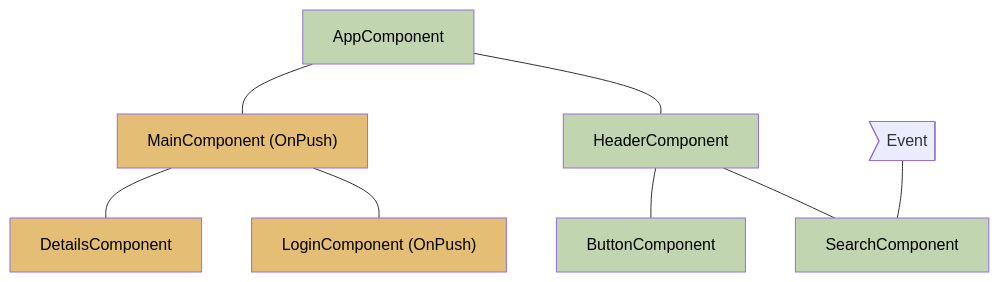
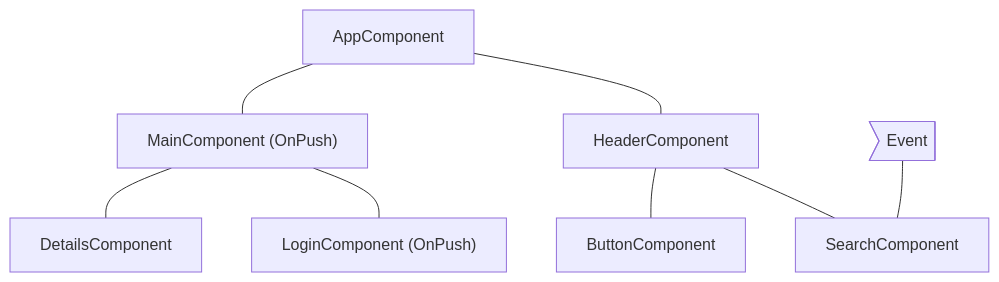
The first of 4 diagrams in adev-ja/src/content/best-practices/runtime-performance/skipping-subtrees.md (angular/angular-ja), drawn with Mermaid before and after one commit. The commit also changed other lines of this file and 113 other files, not shown here.

````diff
--- a/adev-ja/src/content/best-practices/runtime-performance/skipping-subtrees.md
+++ b/adev-ja/src/content/best-practices/runtime-performance/skipping-subtrees.md
@@ -36,19 +36,16 @@
 ```mermaid
 graph TD;
     app[AppComponent] --- header[HeaderComponent];
     app --- main["MainComponent (OnPush)"];
     header --- search[SearchComponent];
     header --- button[ButtonComponent];
     main --- login["LoginComponent (OnPush)"];
     main --- details[DetailsComponent];
     event>Event] --- search
 
-style main fill:#E4BE74,color:#000
-style login fill:#E4BE74,color:#000
-style details fill:#E4BE74,color:#000
-
-style app fill:#C1D5B0,color:#000
-style header fill:#C1D5B0,color:#000
-style button fill:#C1D5B0,color:#000
-style search fill:#C1D5B0,color:#000
+class app checkedNode
+class header checkedNode
+class button checkedNode
+class search checkedNode
+class event eventNode
 ```
````
